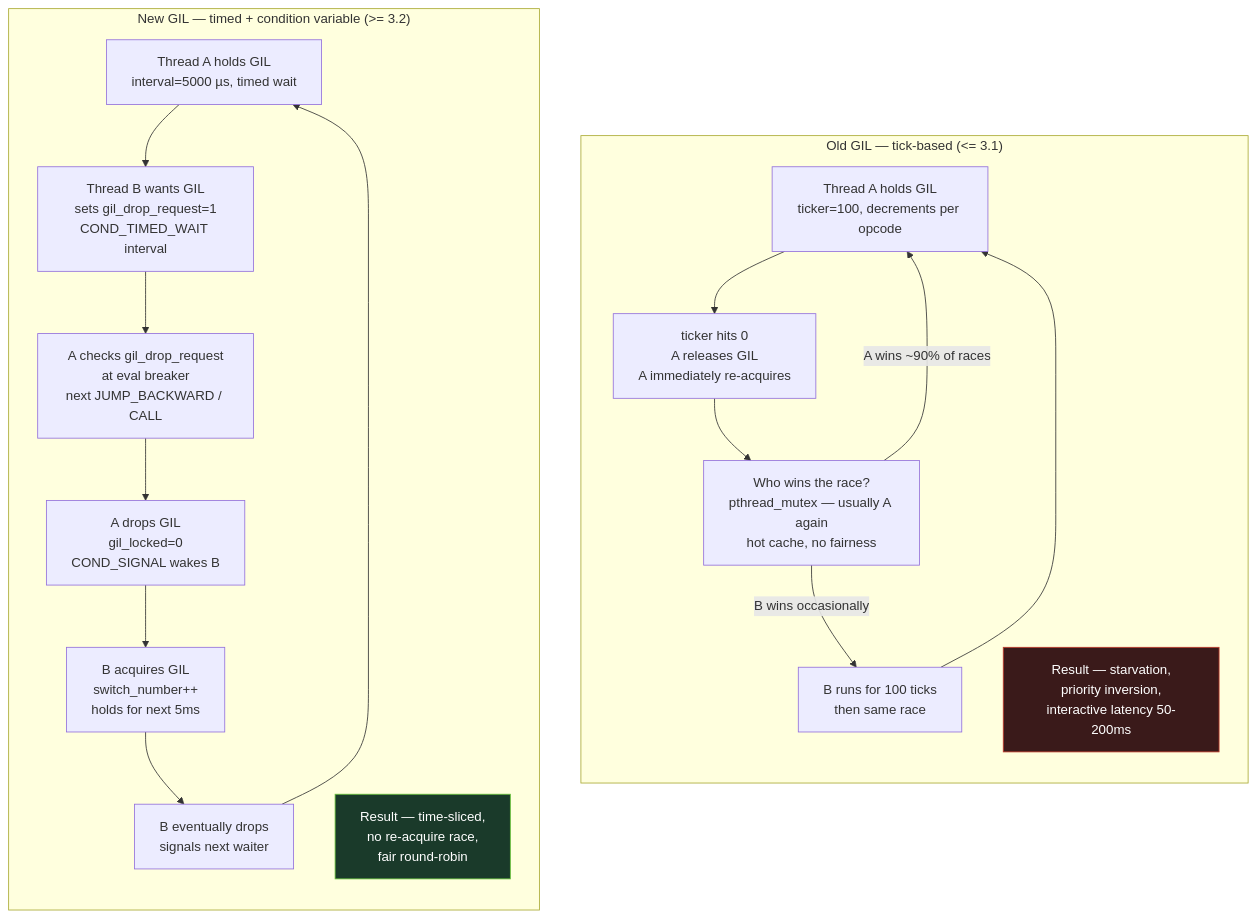
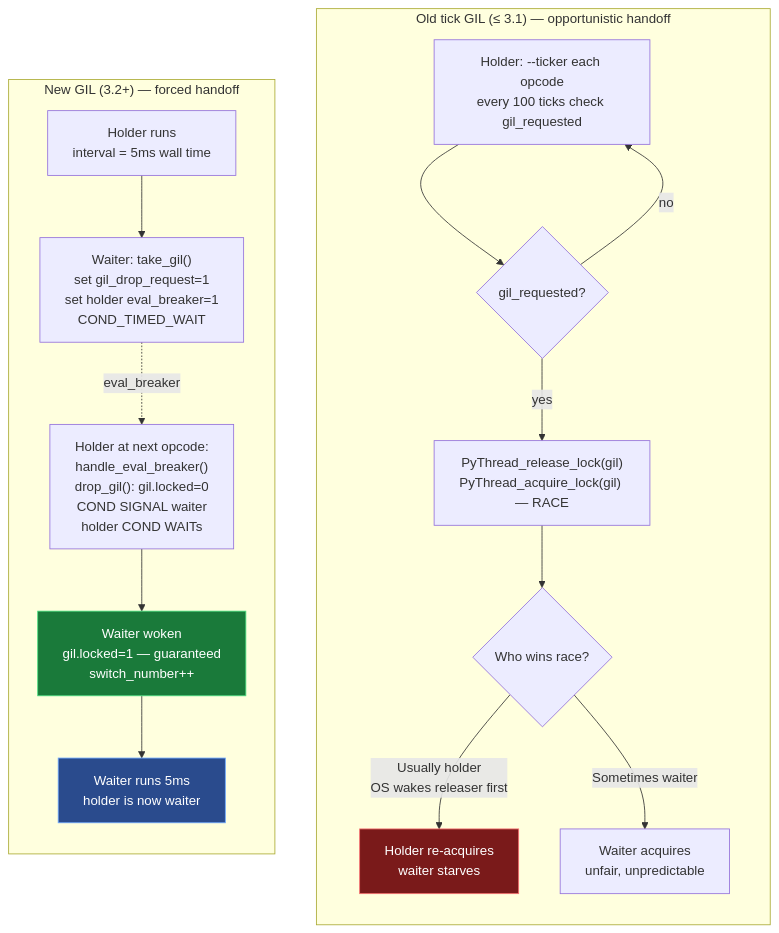
The third of 8 diagrams in vol-16-python-cpython-internals/ch05-gil.md (bumbsclaw/textbooks), drawn with Mermaid before and after one commit. The commit also changed other lines of this file and 8 other files, not shown here.

````diff
--- a/vol-16-python-cpython-internals/ch05-gil.md
+++ b/vol-16-python-cpython-internals/ch05-gil.md
@@ -428,28 +381,23 @@
 ```mermaid
 flowchart TB
-    subgraph OLD["Old GIL — tick-based (<= 3.1)"]
+    subgraph OLD["Old tick GIL (≤ 3.1) — opportunistic handoff"]
         direction TB
-        O1["Thread A holds GIL<br/>ticker=100, decrements per opcode"]
-        O1 --> O2["ticker hits 0<br/>A releases GIL<br/>A immediately re-acquires"]
-        O2 --> O3["Who wins the race?<br/>pthread_mutex — usually A again<br/>hot cache, no fairness"]
-        O3 -->|"A wins ~90% of races"| O1
-        O3 -->|"B wins occasionally"| O4["B runs for 100 ticks<br/>then same race"]
-        O4 --> O1
-        O_NOTE["Result — starvation,<br/>priority inversion,<br/>interactive latency 50-200ms"]
+        O1["Holder: --ticker each opcode<br/>every 100 ticks check gil_requested"] --> O2{"gil_requested?"}
+        O2 -->|yes| O3["PyThread_release_lock(gil)<br/>PyThread_acquire_lock(gil) — RACE"]
+        O2 -->|no| O1
+        O3 --> O4{"Who wins race?"}
+        O4 -->|Usually holder<br/>OS wakes releaser first| O5["Holder re-acquires<br/>waiter starves"]
+        O4 -->|Sometimes waiter| O6["Waiter acquires<br/>unfair, unpredictable"]
+        style O5 fill:#7a1a1a,stroke:#f87171,color:#fff
     end
 
-    subgraph NEW["New GIL — timed + condition variable (>= 3.2)"]
+    subgraph NEW["New GIL (3.2+) — forced handoff"]
         direction TB
-        N1["Thread A holds GIL<br/>interval=5000 µs, timed wait"]
-        N1 --> N2["Thread B wants GIL<br/>sets gil_drop_request=1<br/>COND_TIMED_WAIT interval"]
-        N2 --> N3["A checks gil_drop_request<br/>at eval breaker<br/>next JUMP_BACKWARD / CALL"]
-        N3 --> N4["A drops GIL<br/>gil_locked=0<br/>COND_SIGNAL wakes B"]
-        N4 --> N5["B acquires GIL<br/>switch_number++<br/>holds for next 5ms"]
-        N5 --> N6["B eventually drops<br/>signals next waiter"]
-        N6 --> N1
-        N_NOTE["Result — time-sliced,<br/>no re-acquire race,<br/>fair round-robin"]
+        N1["Holder runs<br/>interval = 5ms wall time"] --> N2["Waiter: take_gil()<br/>set gil_drop_request=1<br/>set holder eval_breaker=1<br/>COND_TIMED_WAIT"]
+        N2 -.->|eval_breaker| N3["Holder at next opcode:<br/>handle_eval_breaker()<br/>drop_gil(): gil.locked=0<br/>COND SIGNAL waiter<br/>holder COND WAITs"]
+        N3 --> N4["Waiter woken<br/>gil.locked=1 — guaranteed<br/>switch_number++"]
+        N4 --> N5["Waiter runs 5ms<br/>holder is now waiter"]
+        style N4 fill:#1a7a3a,stroke:#4ade80,color:#fff
+        style N5 fill:#2a4b8d,stroke:#6ea8fe,color:#fff
     end
-
-    style O_NOTE fill:#3a1a1a,stroke:#c0392b,color:#fff
-    style N_NOTE fill:#1a3a2a,stroke:#67c23a,color:#fff
 ```
````
